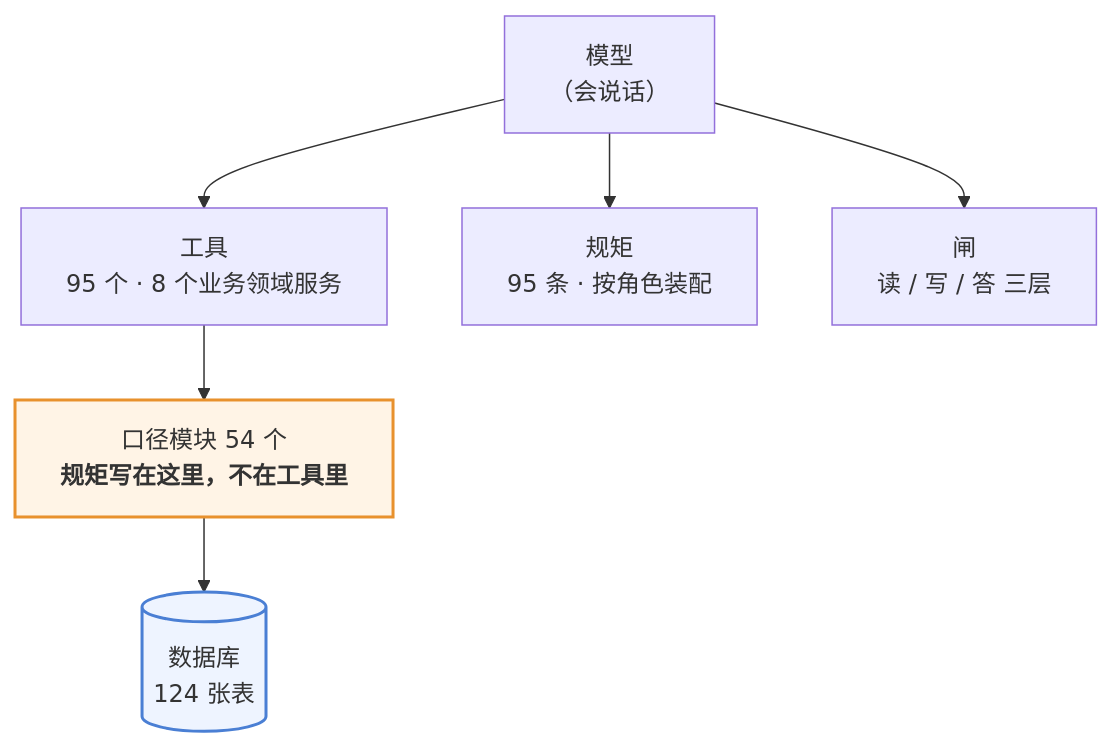
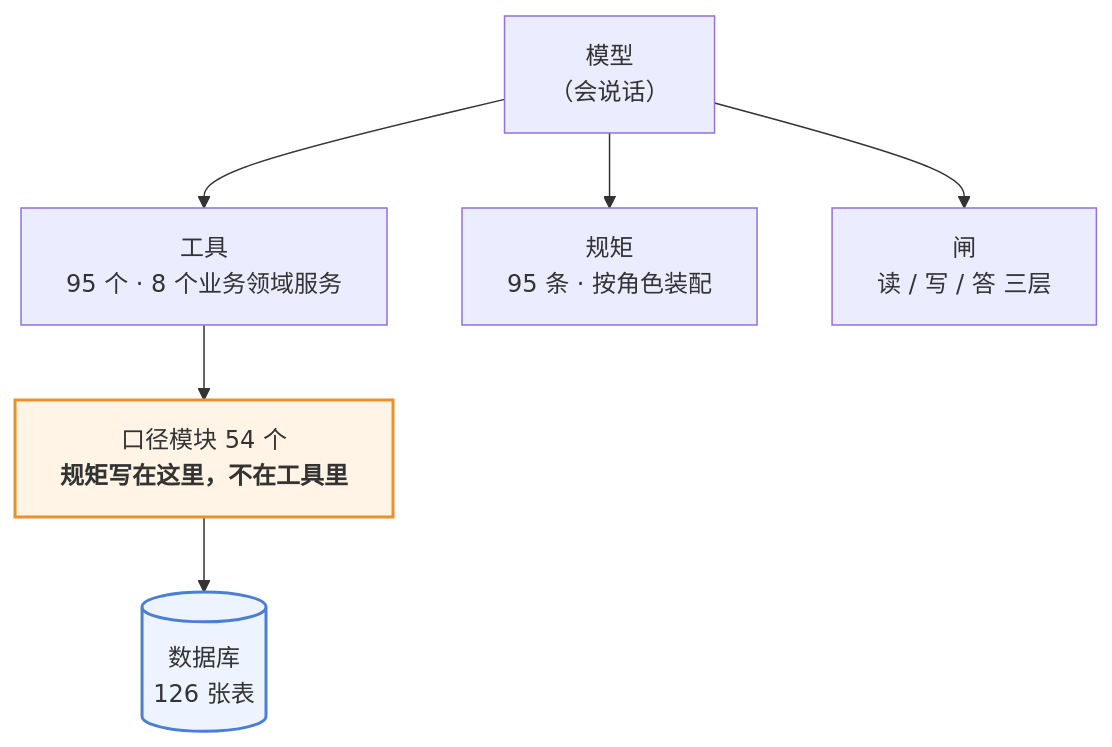
Before and after one commit to 843773296-rgb/lanxiu-yunshang-agent: the first of 3 diagrams in 澜绣云裳agent-产品说明.md, drawn with Mermaid. The commit also changed other lines of this file and 6 other files, not shown here.

````diff
--- a/澜绣云裳agent-产品说明.md
+++ b/澜绣云裳agent-产品说明.md
@@ -62,12 +62,12 @@
 ```mermaid
 flowchart TD
     M["模型<br/>（会说话）"]
     M --> T["工具<br/>95 个 · 8 个业务领域服务"]
     M --> R["规矩<br/>95 条 · 按角色装配"]
     M --> G["闸<br/>读 / 写 / 答 三层"]
     T --> K["口径模块 54 个<br/><b>规矩写在这里，不在工具里</b>"]
-    K --> DB[("数据库<br/>124 张表")]
+    K --> DB[("数据库<br/>126 张表")]
 
     style K fill:#fff4e6,stroke:#e8912d,stroke-width:2px
     style DB fill:#eef4ff,stroke:#4a7fd4,stroke-width:2px
 ```
````
